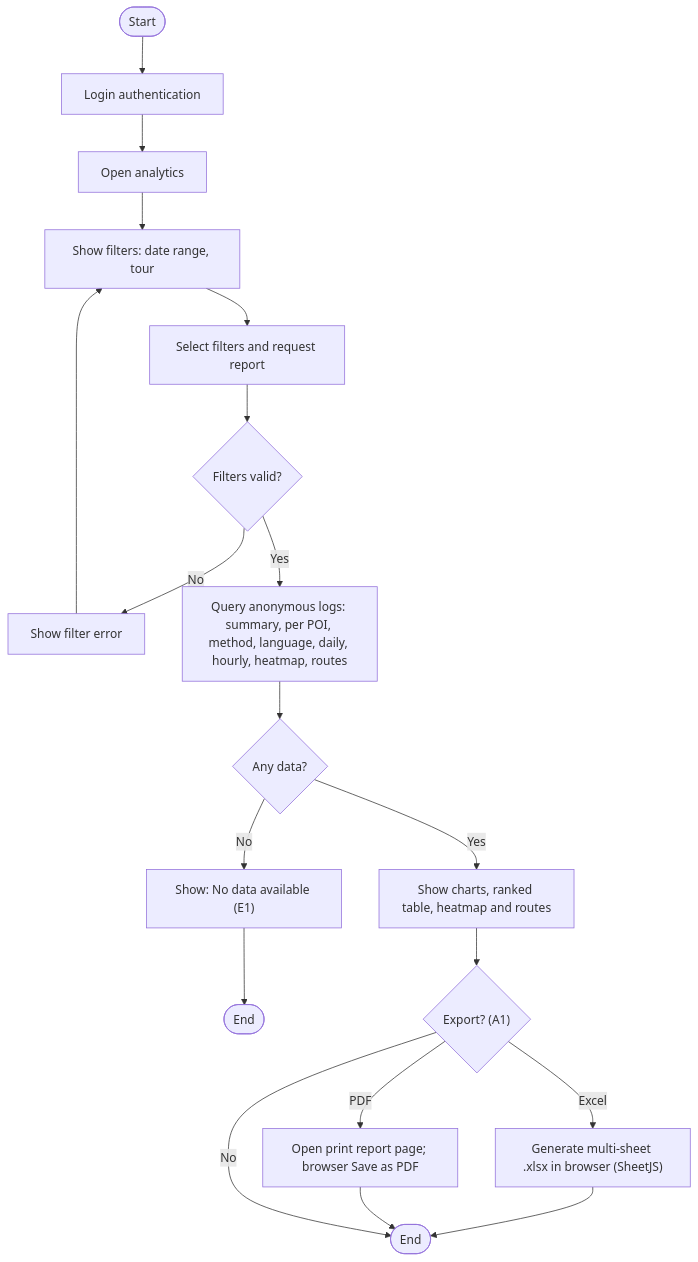
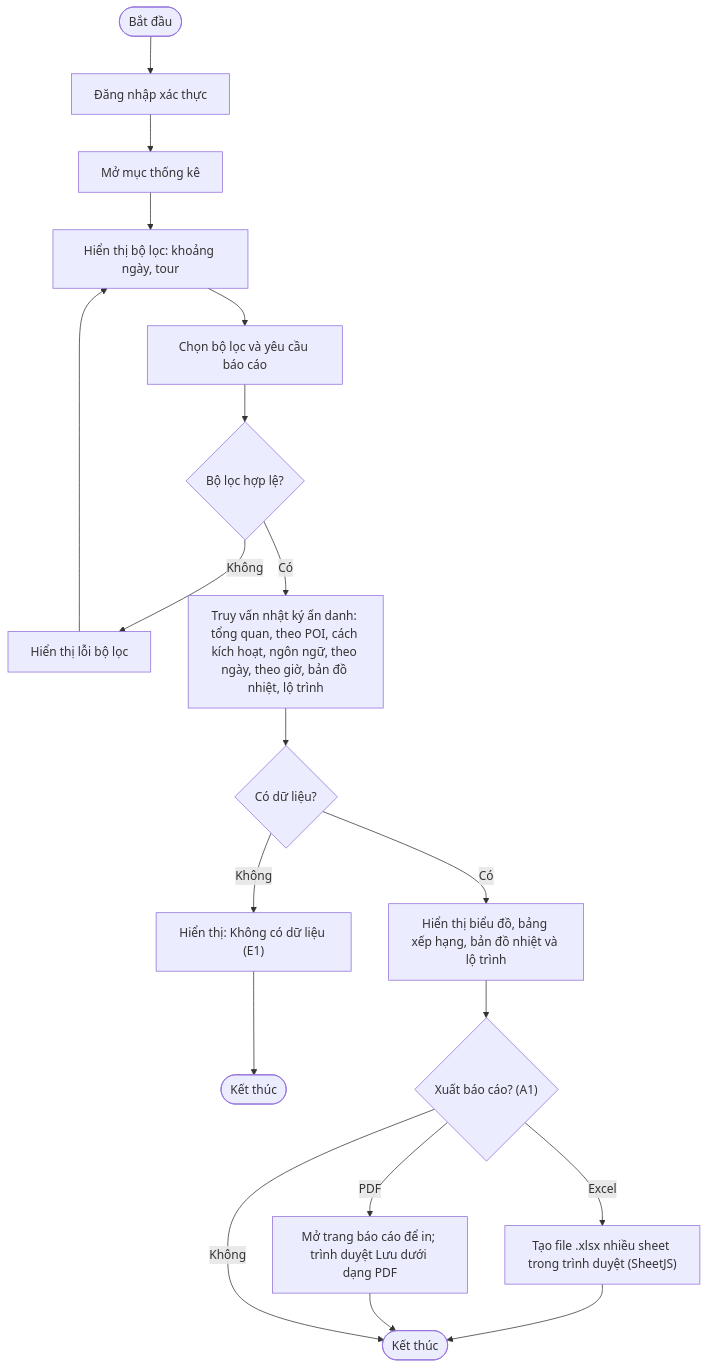
Before and after one commit to AiraLeFatale/CongNghePhanMem_Project: the tenth of 19 diagrams in docs/02-design.md, drawn with Mermaid. The commit also changed other lines of this file and 11 other files, not shown here.

````diff
--- a/docs/02-design.md
+++ b/docs/02-design.md
@@ -447,15 +447,15 @@
 ```mermaid
 flowchart TD
-    S(["Start"]) --> LG["Login authentication"] --> M["Open analytics"] --> F["Show filters: date range, tour"]
-    F --> Q["Select filters and request report"]
-    Q --> V{"Filters valid?"}
-    V -- "No" --> FE["Show filter error"] --> F
-    V -- "Yes" --> C["Query anonymous logs: summary, per POI, method, language, daily, hourly, heatmap, routes"]
-    C --> H{"Any data?"}
-    H -- "No" --> ND["Show: No data available (E1)"] --> E1(["End"])
-    H -- "Yes" --> R["Show charts, ranked table, heatmap and routes"]
-    R --> X{"Export? (A1)"}
-    X -- "Excel" --> XL["Generate multi-sheet .xlsx in browser (SheetJS)"] --> E2(["End"])
-    X -- "PDF" --> PDF["Open print report page; browser Save as PDF"] --> E2
-    X -- "No" --> E2
+    S(["Bắt đầu"]) --> LG["Đăng nhập xác thực"] --> M["Mở mục thống kê"] --> F["Hiển thị bộ lọc: khoảng ngày, tour"]
+    F --> Q["Chọn bộ lọc và yêu cầu báo cáo"]
+    Q --> V{"Bộ lọc hợp lệ?"}
+    V -- "Không" --> FE["Hiển thị lỗi bộ lọc"] --> F
+    V -- "Có" --> C["Truy vấn nhật ký ẩn danh: tổng quan, theo POI, cách kích hoạt, ngôn ngữ, theo ngày, theo giờ, bản đồ nhiệt, lộ trình"]
+    C --> H{"Có dữ liệu?"}
+    H -- "Không" --> ND["Hiển thị: Không có dữ liệu (E1)"] --> E1(["Kết thúc"])
+    H -- "Có" --> R["Hiển thị biểu đồ, bảng xếp hạng, bản đồ nhiệt và lộ trình"]
+    R --> X{"Xuất báo cáo? (A1)"}
+    X -- "Excel" --> XL["Tạo file .xlsx nhiều sheet trong trình duyệt (SheetJS)"] --> E2(["Kết thúc"])
+    X -- "PDF" --> PDF["Mở trang báo cáo để in; trình duyệt Lưu dưới dạng PDF"] --> E2
+    X -- "Không" --> E2
 ```
````
